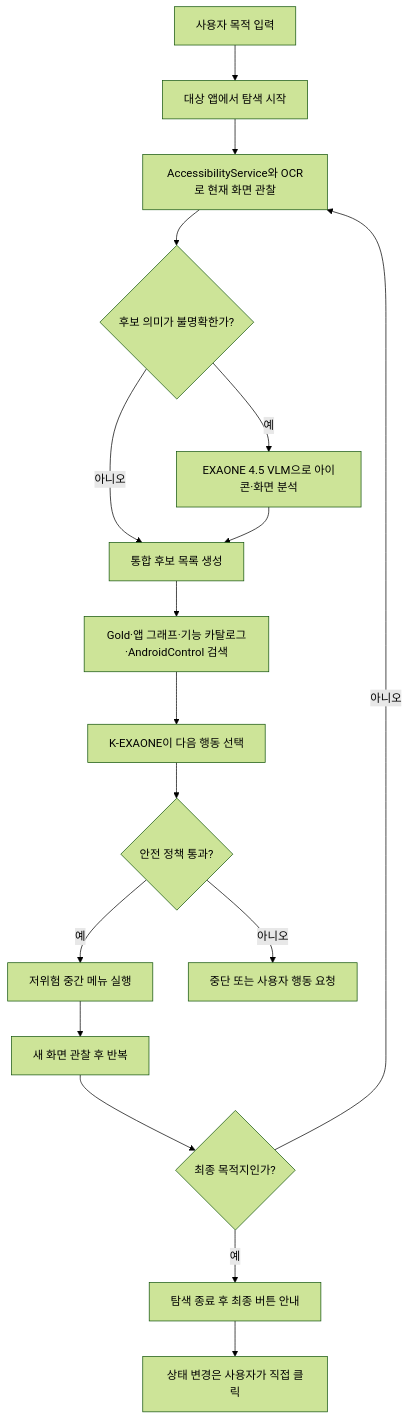
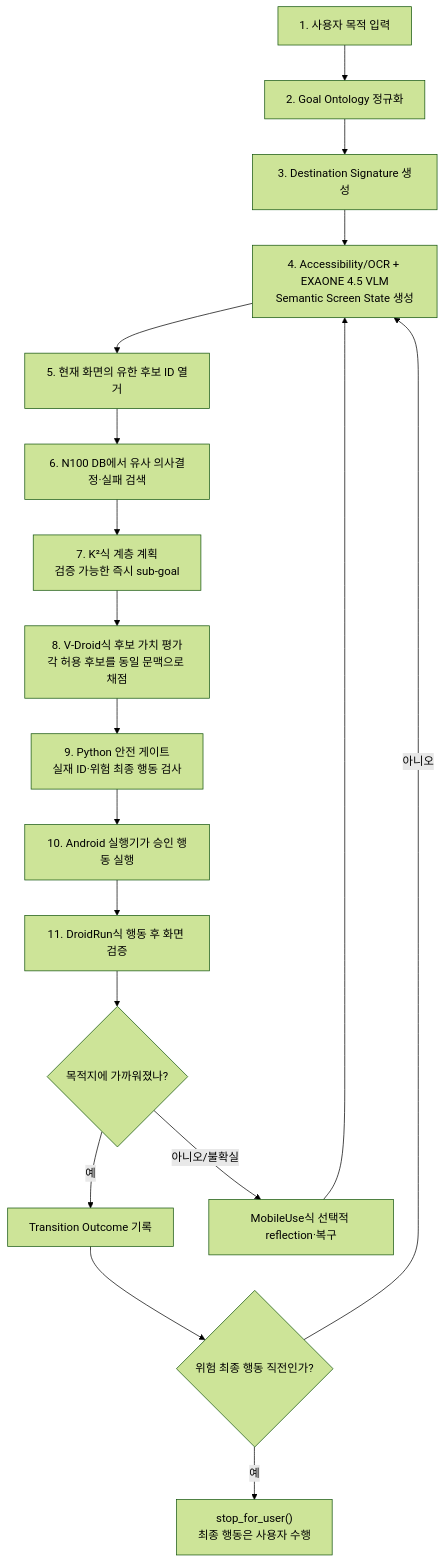
One commit to Sheep-gun/exitguide-navigation changed the second of 2 diagrams in README.md. Above: the diagram before and after it, drawn with Mermaid (forest theme). The commit also changed other lines of this file and 585 other files, not shown here.

````diff
--- a/README.md
+++ b/README.md
@@ -44,19 +50,20 @@
 ```mermaid
 flowchart TD
-    A["사용자 목적 입력"] --> B["대상 앱에서 탐색 시작"]
-    B --> C["AccessibilityService와 OCR로 현재 화면 관찰"]
-    C --> D{"후보 의미가 불명확한가?"}
-    D -- "예" --> E["EXAONE 4.5 VLM으로 아이콘·화면 분석"]
-    D -- "아니오" --> F["통합 후보 목록 생성"]
-    E --> F
-    F --> G["Gold·앱 그래프·기능 카탈로그·AndroidControl 검색"]
-    G --> H["K-EXAONE이 다음 행동 선택"]
-    H --> I{"안전 정책 통과?"}
-    I -- "예" --> J["저위험 중간 메뉴 실행"]
-    I -- "아니오" --> K["중단 또는 사용자 행동 요청"]
-    J --> L["새 화면 관찰 후 반복"]
-    L --> M{"최종 목적지인가?"}
-    M -- "아니오" --> C
-    M -- "예" --> N["탐색 종료 후 최종 버튼 안내"]
-    N --> O["상태 변경은 사용자가 직접 클릭"]
+    A["1. 사용자 목적 입력"] --> B["2. Goal Ontology 정규화"]
+    B --> C["3. Destination Signature 생성"]
+    C --> D["4. Accessibility/OCR + EXAONE 4.5 VLM<br/>Semantic Screen State 생성"]
+    D --> E["5. 현재 화면의 유한 후보 ID 열거"]
+    E --> F["6. N100 DB에서 유사 의사결정·실패 검색"]
+    F --> G["7. K²식 계층 계획<br/>검증 가능한 즉시 sub-goal"]
+    G --> H["8. V-Droid식 후보 가치 평가<br/>각 허용 후보를 동일 문맥으로 채점"]
+    H --> I["9. Python 안전 게이트<br/>실재 ID·위험 최종 행동 검사"]
+    I --> J["10. Android 실행기가 승인 행동 실행"]
+    J --> K["11. DroidRun식 행동 후 화면 검증"]
+    K --> L{"목적지에 가까워졌나?"}
+    L -->|"예"| M["Transition Outcome 기록"]
+    L -->|"아니오/불확실"| N["MobileUse식 선택적 reflection·복구"]
+    N --> D
+    M --> O{"위험 최종 행동 직전인가?"}
+    O -->|"아니오"| D
+    O -->|"예"| P["stop_for_user()<br/>최종 행동은 사용자 수행"]
 ```
````
